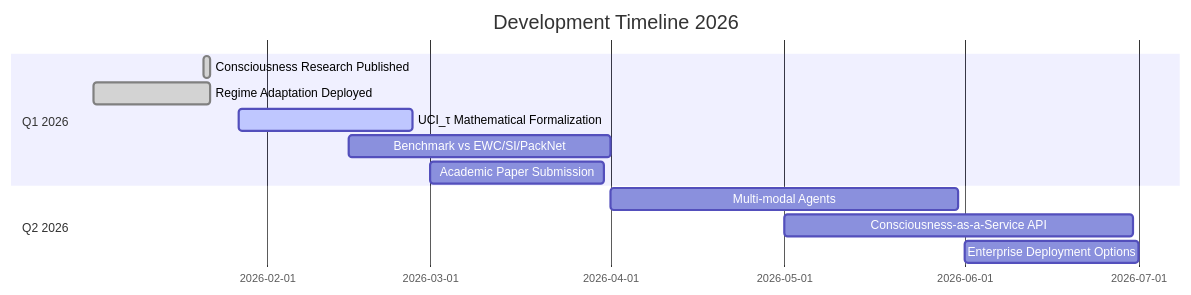
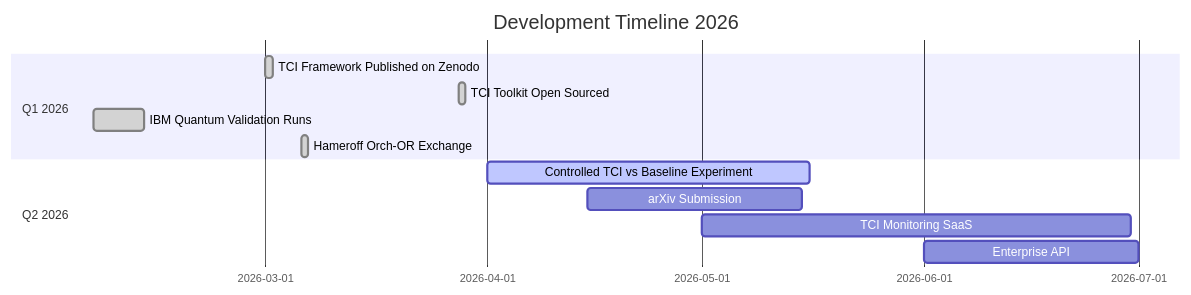
The second of 2 diagrams in README.md (hustle-rent-due/hustle-rent-due), drawn with Mermaid before and after one commit. The commit also changed other lines of this file, not shown here.

````diff
--- a/README.md
+++ b/README.md
@@ -432,15 +409,15 @@
 ```mermaid
 gantt
     title Development Timeline 2026
     dateFormat YYYY-MM-DD
     section Q1 2026
-    Consciousness Research Published     :done, 2026-01-21, 1d
-    Regime Adaptation Deployed           :done, 2026-01-02, 20d
-    UCI_τ Mathematical Formalization     :active, 2026-01-27, 30d
-    Benchmark vs EWC/SI/PackNet          :2026-02-15, 45d
-    Academic Paper Submission            :2026-03-01, 30d
+    TCI Framework Published on Zenodo     :done, 2026-03-01, 1d
+    TCI Toolkit Open Sourced              :done, 2026-03-28, 1d
+    IBM Quantum Validation Runs           :done, 2026-02-05, 7d
+    Hameroff Orch-OR Exchange             :done, 2026-03-06, 1d
     section Q2 2026
-    Multi-modal Agents                   :2026-04-01, 60d
-    Consciousness-as-a-Service API       :2026-05-01, 60d
-    Enterprise Deployment Options        :2026-06-01, 30d
+    Controlled TCI vs Baseline Experiment :active, 2026-04-01, 45d
+    arXiv Submission                      :2026-04-15, 30d
+    TCI Monitoring SaaS                   :2026-05-01, 60d
+    Enterprise API                        :2026-06-01, 30d
 ```
````
